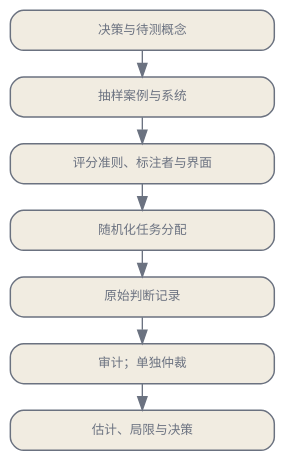
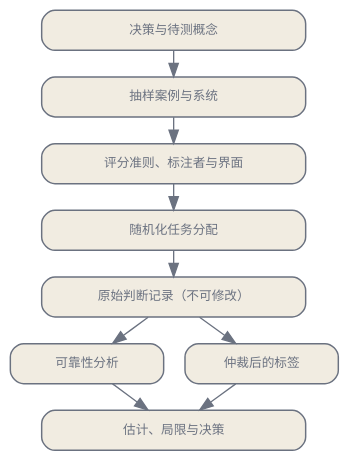
One commit to latere-ai/ai-as-an-infrastructure changed the diagram in zh/evaluation/03-human-evaluation-rubrics.qmd. Above: the diagram before and after it, drawn with Graphviz. The commit also changed 1 other file, not shown here.

Commit message:
evaluation: human evaluation protocol branches reliability analysis and adjudication from the raw records

````diff
--- a/zh/evaluation/03-human-evaluation-rubrics.qmd
+++ b/zh/evaluation/03-human-evaluation-rubrics.qmd
@@ -23,19 +23,22 @@
 ```{dot}
 //| label: fig-human-evaluation-protocol
 //| fig-cap: "人类评测必须保留从决策到原始判断的完整路径。可靠性分析和仲裁都以原始记录为输入；仲裁不能覆盖原始记录。"
 digraph {
   bgcolor="transparent";
   rankdir=TB;
   nodesep=0.22; ranksep=0.28;
   node [shape=box, style="rounded,filled", fixedsize=true, width=2.75, height=0.42, fontname="Helvetica", fontsize=9.5, color="#6b7280", fontcolor="#6b7280", fillcolor="#f1ece1", penwidth=1.1];
   edge [fontsize=9, fontname="Helvetica", color="#6b7280", fontcolor="#6b7280"];
   C [label="决策与待测概念"];
   S [label="抽样案例与系统"];
   P [label="评分准则、标注者与界面"];
   A [label="随机化任务分配"];
-  R [label="原始判断记录"];
-  Q [label="审计；单独仲裁"];
+  R [label="原始判断记录（不可修改）"];
+  Q [label="可靠性分析", width=1.6];
+  J [label="仲裁后的标签", width=1.6];
   O [label="估计、局限与决策"];
-  C -> S -> P -> A -> R -> Q -> O;
+  C -> S -> P -> A -> R;
+  R -> Q -> O;
+  R -> J -> O;
 }
 ```
````
